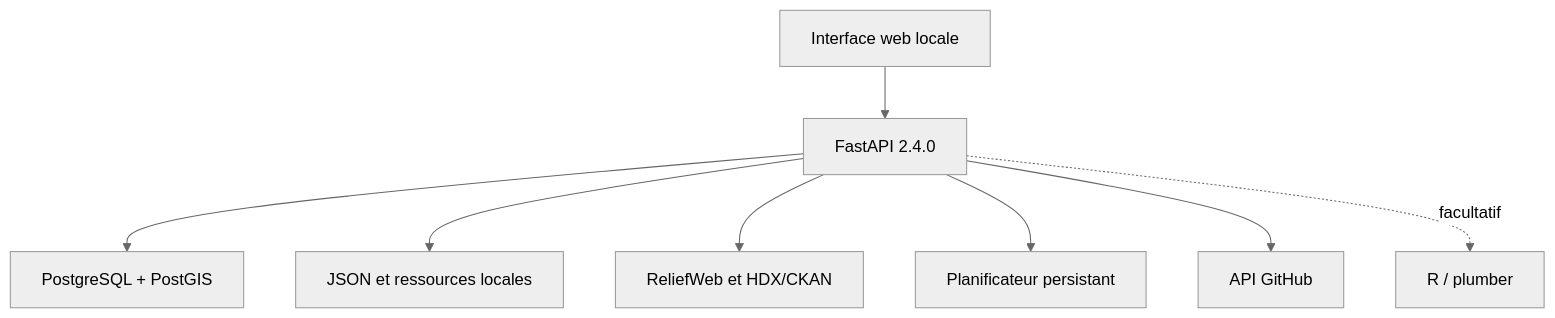
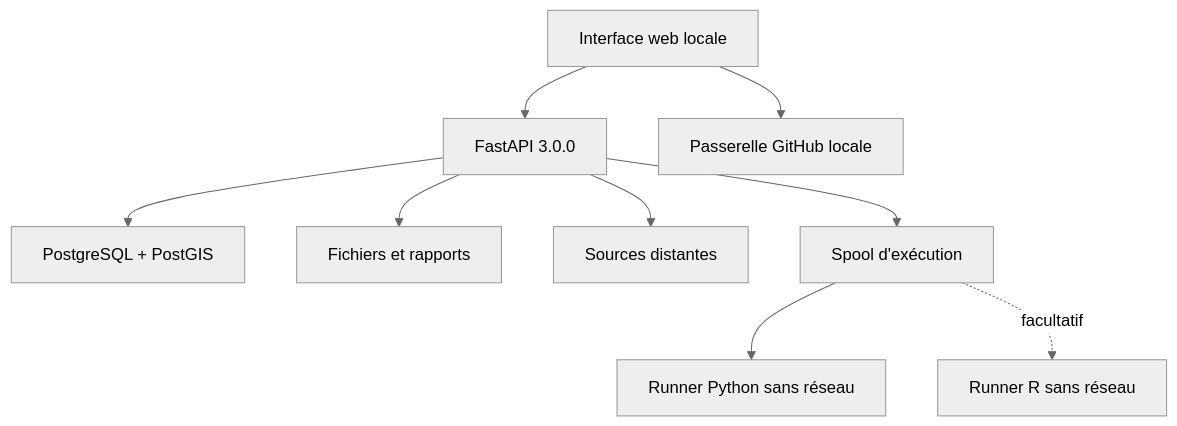
The diagram in docs/ARCHITECTURE.md (B-DAUTRIF/humanitarian-data-platform), drawn with Mermaid (neutral theme) before and after one commit. The commit also changed other lines of this file and 94 other files, not shown here.

````diff
--- a/docs/ARCHITECTURE.md
+++ b/docs/ARCHITECTURE.md
@@ -5,10 +5,11 @@
 ```mermaid
 flowchart TD
-    U["Interface web locale"] --> A["FastAPI 2.4.0"]
+    U["Interface web locale"] --> A["FastAPI 3.0.0"]
     A --> P["PostgreSQL + PostGIS"]
-    A --> F["JSON et ressources locales"]
-    A --> X["ReliefWeb et HDX/CKAN"]
-    A --> S["Planificateur persistant"]
-    A --> G["API GitHub"]
-    A -. facultatif .-> R["R / plumber"]
+    A --> F["Fichiers et rapports"]
+    A --> X["Sources distantes"]
+    U --> G["Passerelle GitHub locale"]
+    A --> Q["Spool d'exécution"]
+    Q --> Y["Runner Python sans réseau"]
+    Q -. facultatif .-> R["Runner R sans réseau"]
 ```
````
